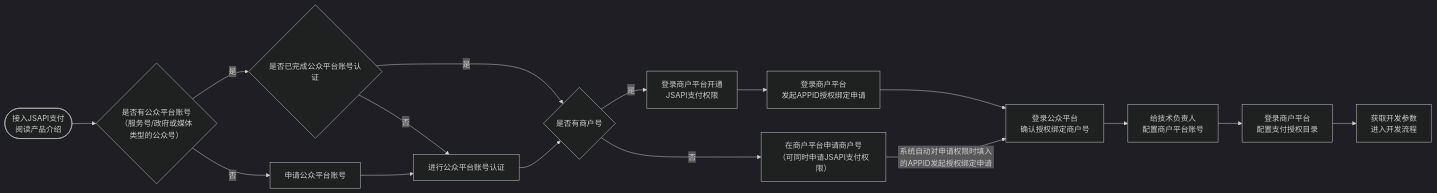
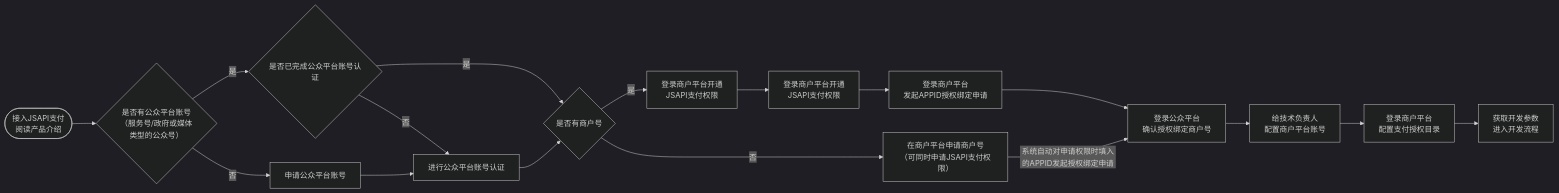
One commit to minibear2021/wechatpay_docs changed the diagram in docs/merchant/pages/4015423216.md. Above: the diagram before and after it, drawn with Mermaid (dark theme). The commit also changed other lines of this file and 16 other files, not shown here.

````diff
--- a/docs/merchant/pages/4015423216.md
+++ b/docs/merchant/pages/4015423216.md
@@ -3,41 +3,35 @@
 ```mermaid
 flowchart LR
-    C(["接入JSAPI支付
-阅读产品介绍"])
-    A{"是否有公众平台账号
-（服务号/政府或媒体
-类型的公众号）"}
+    C(["接入JSAPI支付<br/>阅读产品介绍"])
+    A{"是否有公众平台账号<br/>（服务号/政府或媒体<br/>类型的公众号）"}
+    B{"是否已完成公众平台账号认证"}
+    D{是否有商户号}
+    E[申请公众平台账号]
+    F[进行公众平台账号认证]
+    G["登录商户平台开通<br/>JSAPI支付权限"]
+    H["在商户平台申请商户号<br/>（可同时申请JSAPI支付权限）"]
+    I["登录商户平台开通<br/>JSAPI支付权限"]
+    J["登录商户平台<br/>发起APPID授权绑定申请"]
+    K["登录公众平台<br/>确认授权绑定商户号"]
+    L["给技术负责人<br/>配置商户平台账号"]
+    M["登录商户平台<br/>配置支付授权目录"]
+    N["获取开发参数<br/>进入开发流程"]
     C --> A
-    B{"是否已完成公众平台账号认证"}
     A -->|是| B
-    D{是否有商户号}
     B -->|是| D
-    E[申请公众平台账号]
     A -->|否| E
-    F[进行公众平台账号认证]
     E --> F
     B -->|否| F
     F --> D
-    G["登录商户平台开通
-JSAPI支付权限"]
     D -->|是| G
-    H["在商户平台申请商户号
-（可同时申请JSAPI支付权限）"]
     D -->|否| H
-    G --> J
-    J["登录商户平台
-发起APPID授权绑定申请"]
-    K["登录公众平台
-确认授权绑定商户号"]
+    G --> I
+    I --> J
     J --> K
     H -->|系统自动对申请权限时填入的APPID发起授权绑定申请| K
-    L["给技术负责人
-配置商户平台账号"]
     K --> L
-    M["登录商户平台
-配置支付授权目录"]
     L --> M
-    N["获取开发参数
-进入开发流程"]
     M --> N
+    A@{ w: 334.3, h: 156.5 }
+    B@{ w: 224, h: 109.9 }
 ```
````
